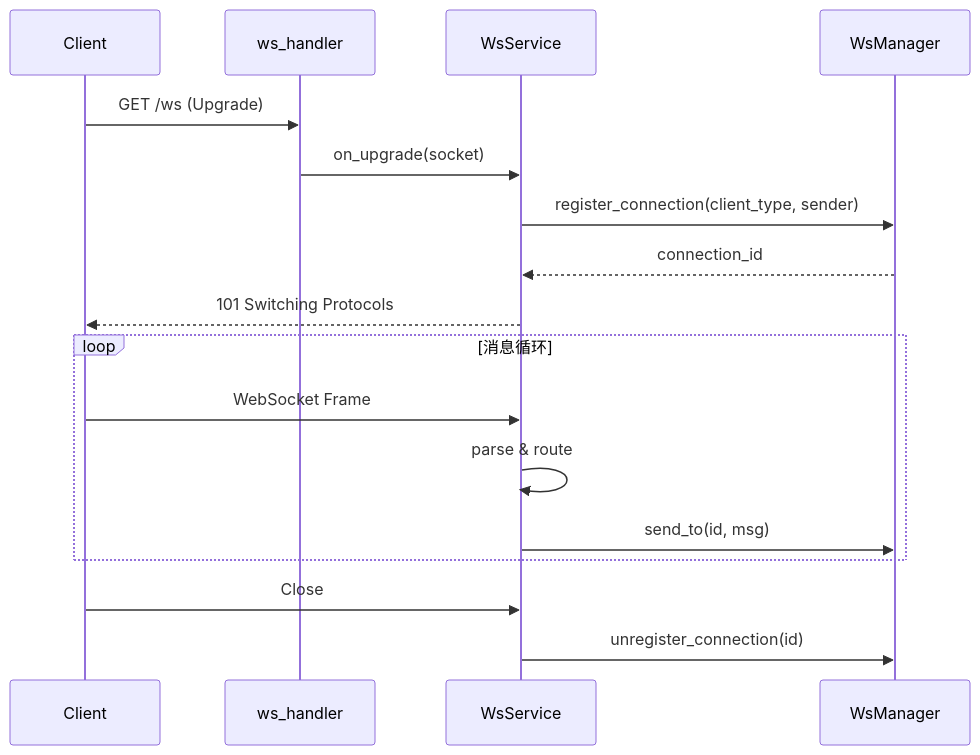
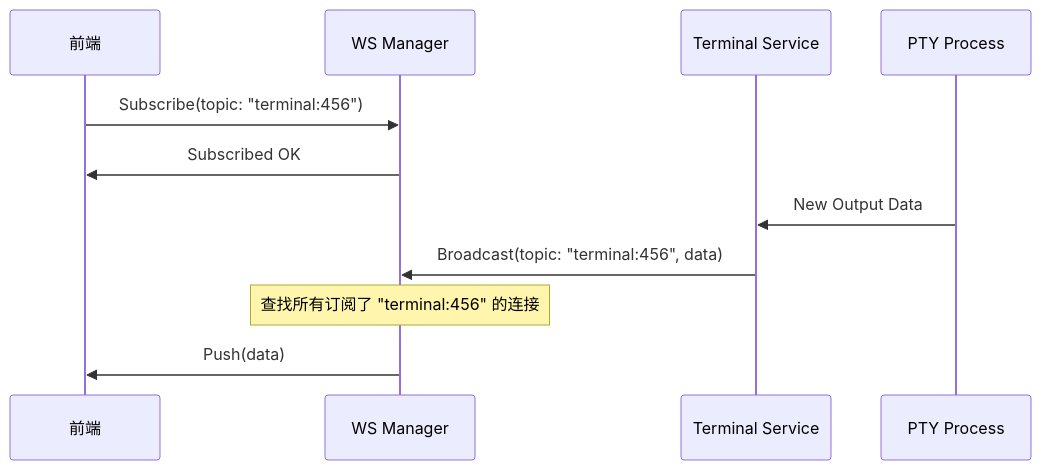
One commit to AruNi-01/atmos changed the second of 2 diagrams in .atmos/wiki/deep-dive/infra/websocket.md. Above: the diagram before and after it, drawn with Mermaid. The commit also changed other lines of this file and 49 other files, not shown here.

````diff
--- a/.atmos/wiki/deep-dive/infra/websocket.md
+++ b/.atmos/wiki/deep-dive/infra/websocket.md
@@ -54,22 +82,14 @@
 ```mermaid
 sequenceDiagram
-    participant C as Client
-    participant H as ws_handler
-    participant S as WsService
-    participant M as WsManager
+    participant Web as 前端
+    participant Mgr as WS Manager
+    participant Svc as Terminal Service
+    participant PTY as PTY Process
 
-    C->>H: GET /ws (Upgrade)
-    H->>S: on_upgrade(socket)
-    S->>M: register_connection(client_type, sender)
-    M-->>S: connection_id
-    S-->>C: 101 Switching Protocols
-
-    loop 消息循环
-        C->>S: WebSocket Frame
-        S->>S: parse & route
-        S->>M: send_to(id, msg)
-    end
-
-    C->>S: Close
-    S->>M: unregister_connection(id)
+    Web->>Mgr: Subscribe(topic: "terminal:456")
+    Mgr->>Web: Subscribed OK
+    PTY->>Svc: New Output Data
+    Svc->>Mgr: Broadcast(topic: "terminal:456", data)
+    Note over Mgr: 查找所有订阅了 "terminal:456" 的连接
+    Mgr->>Web: Push(data)
 ```
````
